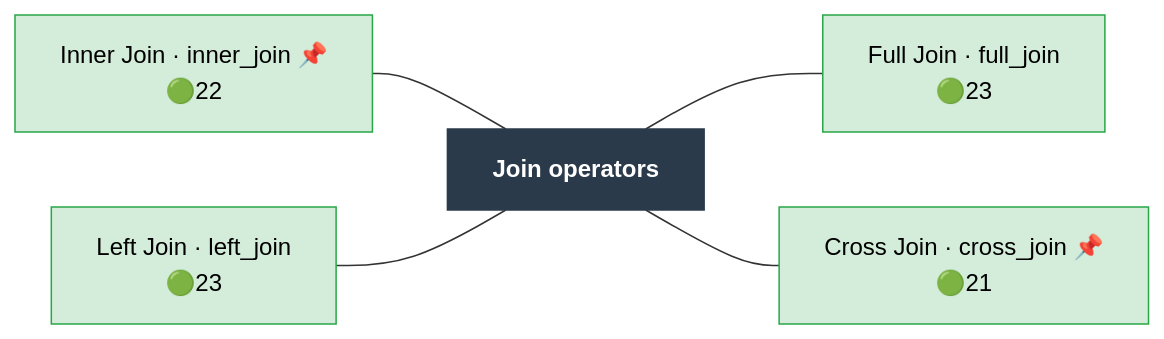
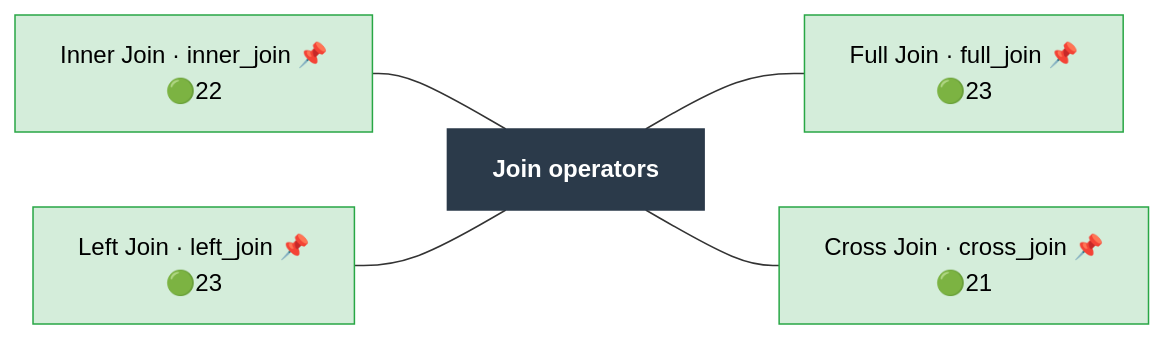
Before and after one commit to Meaningful-Data/vtlengine: the diagram in docs/operator_map/join/index.rst, drawn with Mermaid. The commit also changed 39 other files, not shown here.

```diff
--- a/docs/operator_map/join/index.rst
+++ b/docs/operator_map/join/index.rst
@@ -24,24 +24,24 @@
 .. mermaid::
    :config: {"flowchart": {"useMaxWidth": false}}
 
    flowchart LR
        classDef ok fill:#d4edda,stroke:#28a745,color:#000
        classDef partial fill:#fff3cd,stroke:#ffc107,color:#000
        classDef refused fill:#d4edda,stroke:#28a745,stroke-width:3px,stroke-dasharray: 2 2,color:#000
        classDef missing fill:#f8d7da,stroke:#dc3545,color:#000
        classDef diverge fill:#cce5ff,stroke:#007bff,color:#000
        classDef block fill:#2b3a4a,stroke:#2b3a4a,color:#fff,font-weight:bold
        classDef ext fill:#fff,stroke:#666,color:#000,stroke-dasharray: 5 5
        B["Join operators"]:::block
        join__inner_join["Inner Join · inner_join 📌<br/>🟢22"]:::ok
-       join__left_join["Left Join · left_join<br/>🟢23"]:::ok
-       join__full_join["Full Join · full_join<br/>🟢23"]:::ok
+       join__left_join["Left Join · left_join 📌<br/>🟢23"]:::ok
+       join__full_join["Full Join · full_join 📌<br/>🟢23"]:::ok
        join__cross_join["Cross Join · cross_join 📌<br/>🟢21"]:::ok
        join__inner_join --- B
        join__left_join --- B
        B --- join__full_join
        B --- join__cross_join
        click join__inner_join href "inner_join.html"
        click join__left_join href "left_join.html"
        click join__full_join href "full_join.html"
        click join__cross_join href "cross_join.html"
```
